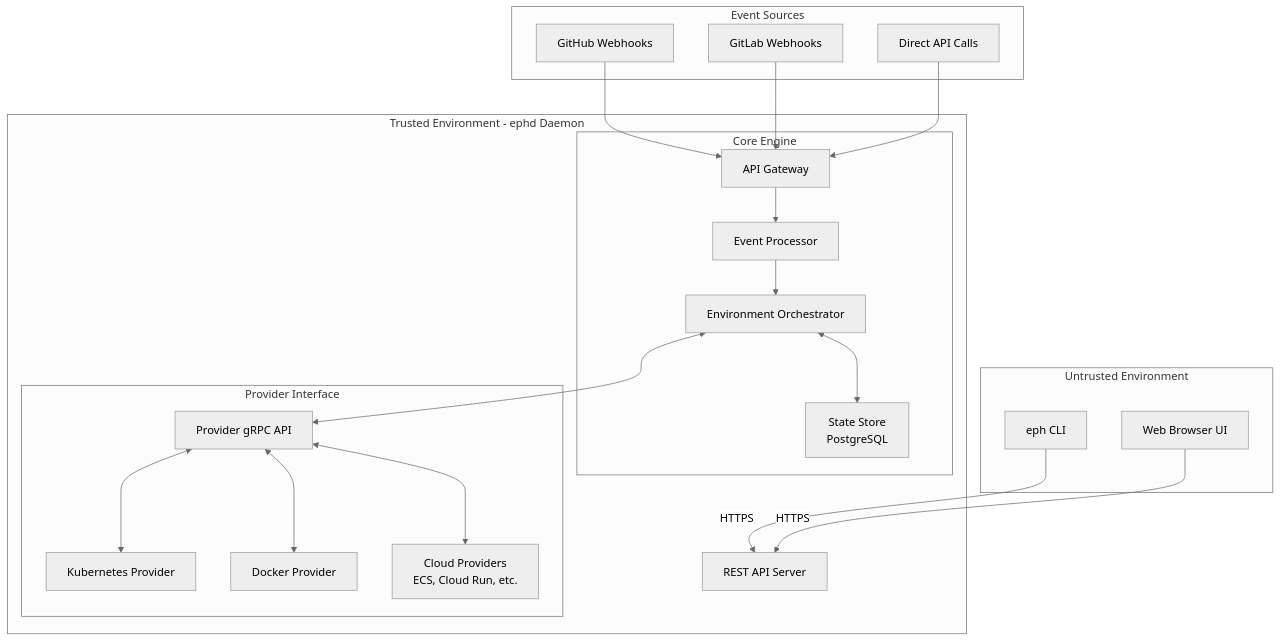
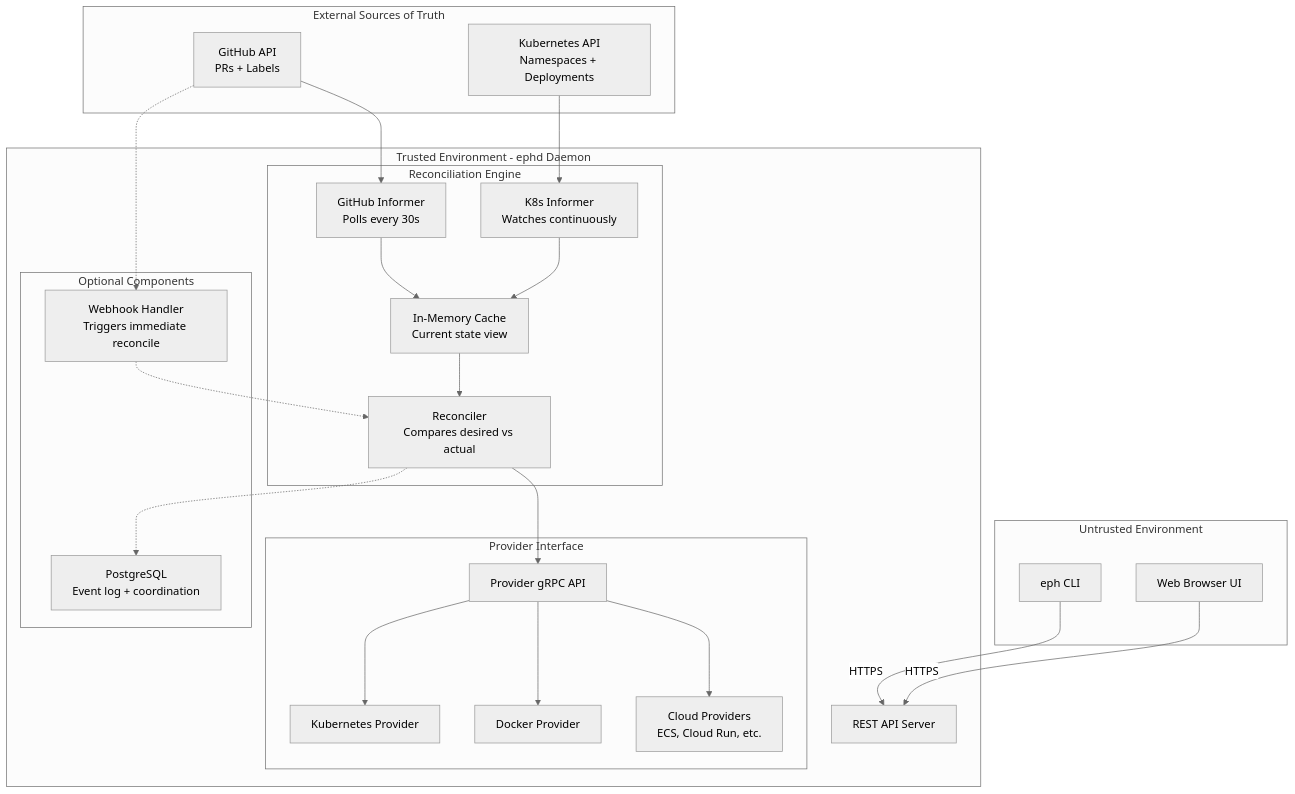
The second of 2 diagrams in README.md (ephlabs/eph), drawn with Mermaid (neutral theme) before and after one commit. The commit also changed other lines of this file and 1 other file, not shown here.

Commit message:
feat: implement reconciliation-first architecture
- Add reconciliation philosophy section explaining level-based vs edge-based approaches
- Replace event-driven flow with continuous reconciliation pattern
- Introduce informer pattern for external state management
- Update state management to treat PostgreSQL as event log only
- Add crash-only security design principles
- Implement reliability patterns including idempotent operations
- Update README to reflect reconciliation-based architecture

This change fundamentally shifts Eph from an event-driven architecture to a
reconciliation-based one inspired by Kubernetes controllers. The system now
continuously reconciles desired state (PRs with preview labels) against
actual state (running environments), ensuring eventual consistency even
when webhooks are missed or components crash.

🤖 Generated with Claude Code

````diff
--- a/README.md
+++ b/README.md
@@ -44,44 +47,50 @@
 ```mermaid
 graph TB
+    subgraph "External Sources of Truth"
+        GitHub[GitHub API<br/>PRs + Labels]
+        K8sAPI[Kubernetes API<br/>Namespaces + Deployments]
+    end
+
     subgraph "Untrusted Environment"
         CLI[eph CLI]
         WebUI[Web Browser UI]
     end
 
-    subgraph "Event Sources"
-        GH[GitHub Webhooks]
-        GL[GitLab Webhooks]
-        API[Direct API Calls]
-    end
-
     subgraph "Trusted Environment - ephd Daemon"
         RestAPI[REST API Server]
 
-        subgraph "Core Engine"
-            Gateway[API Gateway]
-            Events[Event Processor]
-            Orchestrator[Environment Orchestrator]
-            State[State Store<br/>PostgreSQL]
+        subgraph "Reconciliation Engine"
+            GHInformer[GitHub Informer<br/>Polls every 30s]
+            K8sInformer[K8s Informer<br/>Watches continuously]
+            Cache[In-Memory Cache<br/>Current state view]
+            Reconciler[Reconciler<br/>Compares desired vs actual]
         end
 
         subgraph "Provider Interface"
             ProviderAPI[Provider gRPC API]
             K8s[Kubernetes Provider]
             Docker[Docker Provider]
             Cloud[Cloud Providers<br/>ECS, Cloud Run, etc.]
         end
+
+        subgraph "Optional Components"
+            Webhooks[Webhook Handler<br/>Triggers immediate reconcile]
+            EventLog[PostgreSQL<br/>Event log + coordination]
+        end
     end
 
     CLI -- "HTTPS" --> RestAPI
     WebUI -- "HTTPS" --> RestAPI
-    GH --> Gateway
-    GL --> Gateway
-    API --> Gateway
-    Gateway --> Events
-    Events --> Orchestrator
-    Orchestrator <--> State
-    Orchestrator <--> ProviderAPI
-    ProviderAPI <--> K8s
-    ProviderAPI <--> Docker
-    ProviderAPI <--> Cloud
+    GitHub --> GHInformer
+    K8sAPI --> K8sInformer
+    GHInformer --> Cache
+    K8sInformer --> Cache
+    Cache --> Reconciler
+    Reconciler --> ProviderAPI
+    ProviderAPI --> K8s
+    ProviderAPI --> Docker
+    ProviderAPI --> Cloud
+    Reconciler -.-> EventLog
+    Webhooks -.-> Reconciler
+    GitHub -.-> Webhooks
 ```
````
